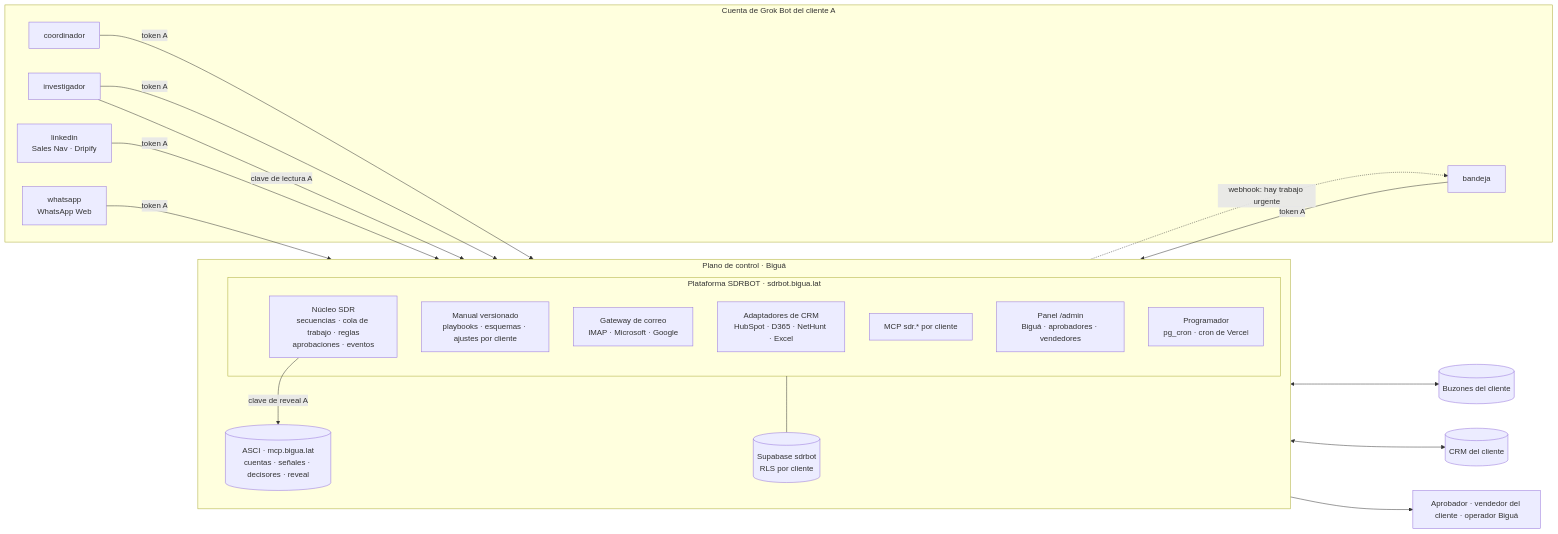
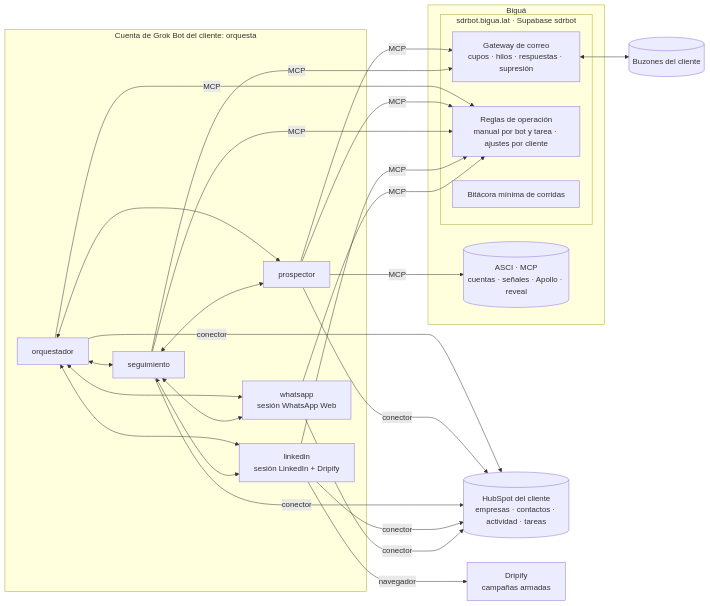
One commit to ignaciocuffia86/sdrbot changed the first of 2 diagrams in docs/09-arquitectura-v2.md. Above: the diagram before and after it, drawn with Mermaid. The commit also changed other lines of this file and 3 other files, not shown here.

First line of the commit message:
docs/09 y 10: arquitectura v2 con Grok Bot como orquestador

````diff
--- a/docs/09-arquitectura-v2.md
+++ b/docs/09-arquitectura-v2.md
@@ -55,34 +53,32 @@
 ```mermaid
 flowchart LR
-  subgraph BIGUA["Plano de control · Biguá"]
-    direction TB
-    ASCI[(ASCI · mcp.bigua.lat<br/>cuentas · señales · decisores · reveal)]
-    subgraph PLAT["Plataforma SDRBOT · sdrbot.bigua.lat"]
-      CORE[Núcleo SDR<br/>secuencias · cola de trabajo · reglas<br/>aprobaciones · eventos]
-      MAN[Manual versionado<br/>playbooks · esquemas · ajustes por cliente]
-      MAIL[Gateway de correo<br/>IMAP · Microsoft · Google]
-      CRM[Adaptadores de CRM<br/>HubSpot · D365 · NetHunt · Excel]
-      MCP[MCP sdr.* por cliente]
-      PANEL[Panel /admin<br/>Biguá · aprobadores · vendedores]
-      CRON[Programador<br/>pg_cron · cron de Vercel]
-    end
-    DB[(Supabase sdrbot<br/>RLS por cliente)]
-    PLAT --- DB
+  subgraph G["Cuenta de Grok Bot del cliente: orquesta"]
+    ORQ[orquestador]
+    PRO[prospector]
+    SEG[seguimiento]
+    LI[linkedin<br/>sesión LinkedIn + Dripify]
+    WA[whatsapp<br/>sesión WhatsApp Web]
+    ORQ <--> PRO & SEG & LI & WA
+    SEG <--> LI & WA & PRO
   end
 
-  subgraph TENANT["Cuenta de Grok Bot del cliente A"]
-    COORD[coordinador]
-    INV[investigador]
-    BAND[bandeja]
-    LI[linkedin<br/>Sales Nav · Dripify]
-    WA[whatsapp<br/>WhatsApp Web]
+  subgraph B["Biguá"]
+    ASCI[(ASCI · MCP<br/>cuentas · señales · Apollo · reveal)]
+    subgraph PL["sdrbot.bigua.lat · Supabase sdrbot"]
+      GW[Gateway de correo<br/>cupos · hilos · respuestas · supresión]
+      REG[Reglas de operación<br/>manual por bot y tarea · ajustes por cliente]
+      BIT[Bitácora mínima de corridas]
+    end
   end
 
-  COORD & INV & BAND & LI & WA -- token A --> MCP
-  INV -- clave de lectura A --> ASCI
-  CORE -- clave de reveal A --> ASCI
-  MAIL <--> BUZ[(Buzones del cliente)]
-  CRM <--> CRMC[(CRM del cliente)]
-  CRON -. webhook: hay trabajo urgente .-> BAND
-  PANEL --> PERS[Aprobador · vendedor del cliente · operador Biguá]
+  HS[(HubSpot del cliente<br/>empresas · contactos · actividad · tareas)]
+  DRIP[Dripify<br/>campañas armadas]
+  BUZ[(Buzones del cliente)]
+
+  PRO -- MCP --> ASCI
+  PRO & SEG -- MCP --> GW
+  ORQ & PRO & SEG & LI & WA -- MCP --> REG
+  ORQ & PRO & SEG & LI & WA -- conector --> HS
+  LI -- navegador --> DRIP
+  GW <--> BUZ
 ```
````
